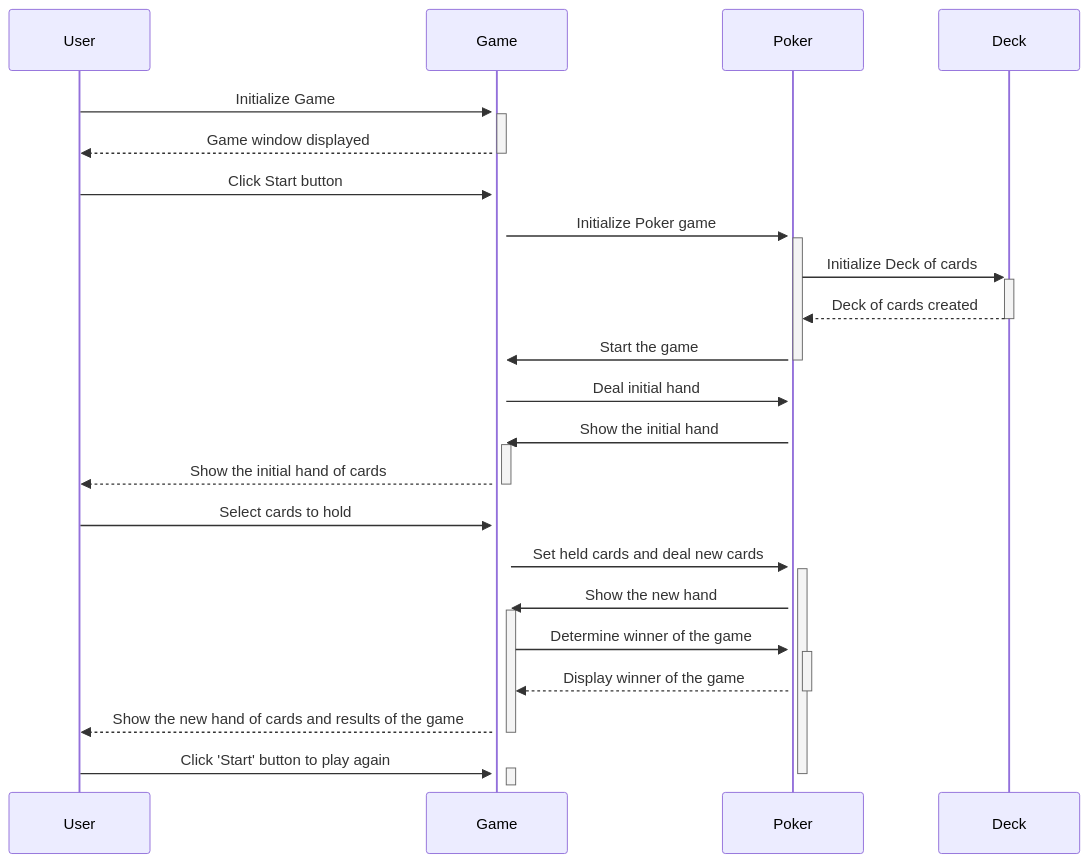
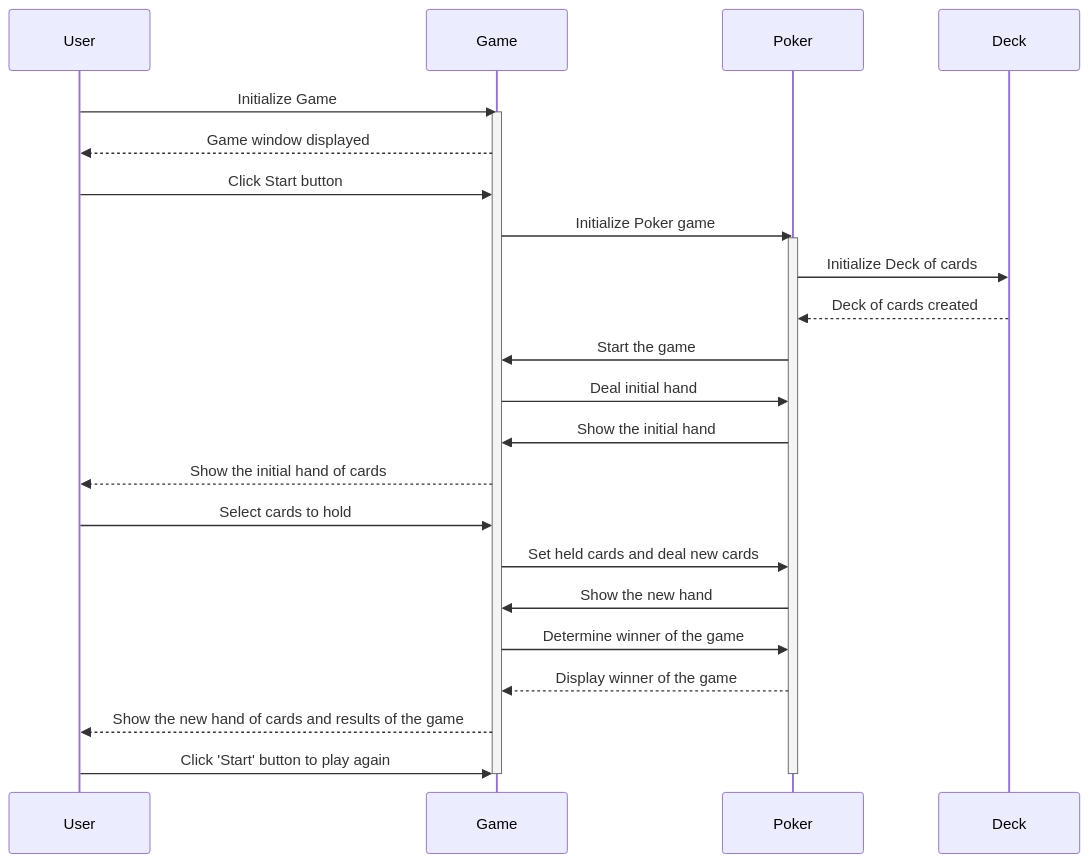
Before and after one commit to JesseHantula/JokerPoker: the diagram in documentation/architecture.md, drawn with Mermaid.

Commit message:
documentation update

````diff
--- a/documentation/architecture.md
+++ b/documentation/architecture.md
@@ -8,26 +8,26 @@
 ```mermaid
     sequenceDiagram
         participant User
         participant Game
-        User->>+Game: Initialize Game
+        User->>Game: Initialize Game
         activate Game
-        Game-->>-User: Game window displayed
-        User->>+Game: Click Start button
-        Game->>+Poker: Initialize Poker game
+        Game-->>User: Game window displayed
+        User->>Game: Click Start button
+        Game->>Poker: Initialize Poker game
         activate Poker
-        Poker->>+Deck: Initialize Deck of cards
-        Deck-->>-Poker: Deck of cards created
-        Poker->>-Game: Start the game
-        Game->>+Poker: Deal initial hand
-        Poker->>+Game: Show the initial hand
-        Game-->>-User: Show the initial hand of cards
-        User->>+Game: Select cards to hold
-        Game->>+Poker: Set held cards and deal new cards
-        Poker->>+Game: Show the new hand
-        Game->>+Poker: Determine winner of the game
-        Poker-->>-Game: Display winner of the game
-        Game-->>-User: Show the new hand of cards and results of the game
-        User->>+Game: Click 'Start' button to play again
+        Poker->>Deck: Initialize Deck of cards
+        Deck-->>Poker: Deck of cards created
+        Poker->>Game: Start the game
+        Game->>Poker: Deal initial hand
+        Poker->>Game: Show the initial hand
+        Game-->>User: Show the initial hand of cards
+        User->>Game: Select cards to hold
+        Game->>Poker: Set held cards and deal new cards
+        Poker->>Game: Show the new hand
+        Game->>Poker: Determine winner of the game
+        Poker-->>Game: Display winner of the game
+        Game-->>User: Show the new hand of cards and results of the game
+        User->>Game: Click 'Start' button to play again
         deactivate Poker
         deactivate Game
 ```
````
